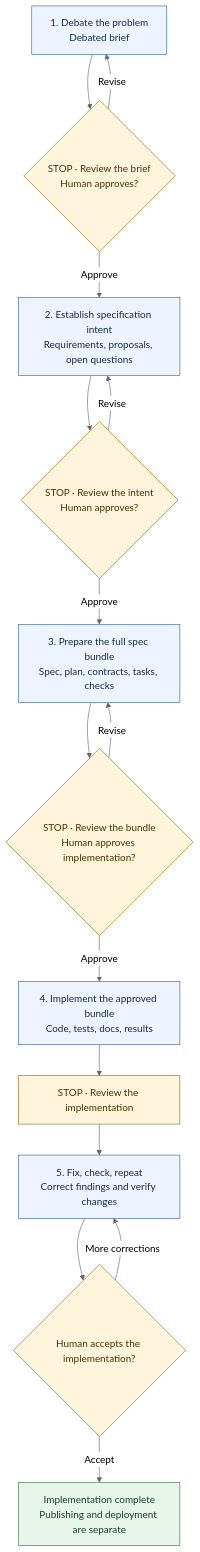
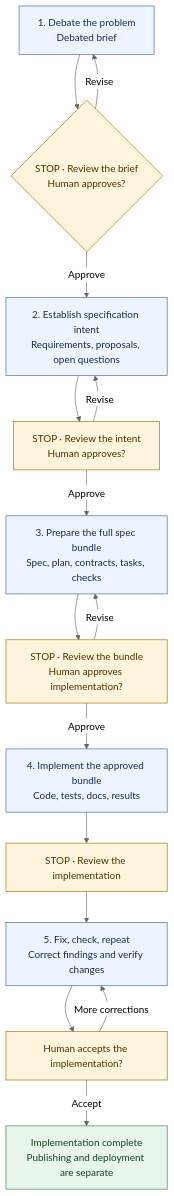
Before and after one commit to ActiveMemory/ctx: the diagram in docs/blog/2026-09-12-beyond-the-dumb-zone.md, drawn with Mermaid (neutral theme). The commit also changed 2 other files, not shown here.

````diff
--- a/docs/blog/2026-09-12-beyond-the-dumb-zone.md
+++ b/docs/blog/2026-09-12-beyond-the-dumb-zone.md
@@ -356,34 +356,34 @@
 ```mermaid
 flowchart TD
     brief["1. Debate the problem<br/>Debated brief"]
     reviewBrief{"STOP · Review the brief<br/>Human approves?"}
     intent["2. Establish specification intent<br/>Requirements, proposals, open questions"]
-    reviewIntent{"STOP · Review the intent<br/>Human approves?"}
+    reviewIntent["STOP · Review the intent<br/>Human approves?"]
     bundle["3. Prepare the full spec bundle<br/>Spec, plan, contracts, tasks, checks"]
-    reviewBundle{"STOP · Review the bundle<br/>Human approves implementation?"}
+    reviewBundle["STOP · Review the bundle<br/>Human approves implementation?"]
     code["4. Implement the approved bundle<br/>Code, tests, docs, results"]
     reviewCode["STOP · Review the implementation"]
     repair["5. Fix, check, repeat<br/>Correct findings and verify changes"]
-    accept{"Human accepts the implementation?"}
+    accept["Human accepts the implementation?"]
     done["Implementation complete<br/>Publishing and deployment are separate"]
 
     brief --> reviewBrief
     reviewBrief -->|Revise| brief
     reviewBrief -->|Approve| intent
     intent --> reviewIntent
     reviewIntent -->|Revise| intent
     reviewIntent -->|Approve| bundle
     bundle --> reviewBundle
     reviewBundle -->|Revise| bundle
     reviewBundle -->|Approve| code
     code --> reviewCode --> repair --> accept
     accept -->|More corrections| repair
     accept -->|Accept| done
 
     classDef work fill:#eef4ff,stroke:#3561a7,color:#172b4d;
     classDef stop fill:#fff4dc,stroke:#9a6700,color:#493200;
     classDef complete fill:#e8f5eb,stroke:#347544,color:#174223;
     class brief,intent,bundle,code,repair work;
     class reviewBrief,reviewIntent,reviewBundle,reviewCode,accept stop;
     class done complete;
 ```
````
